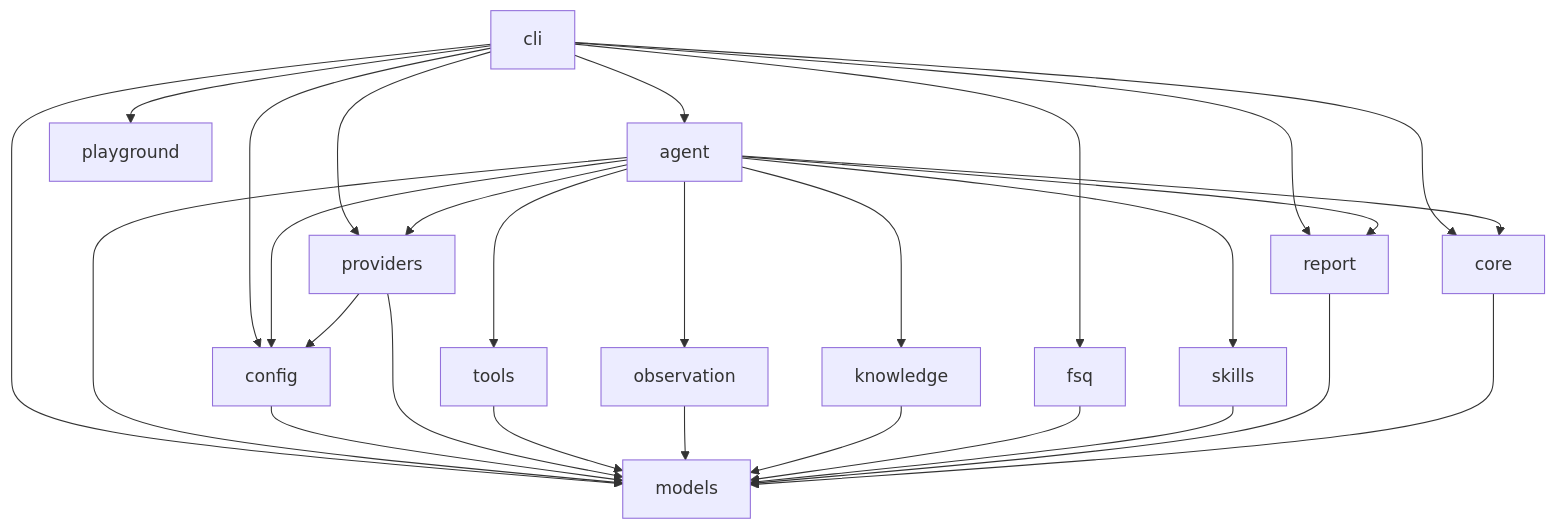
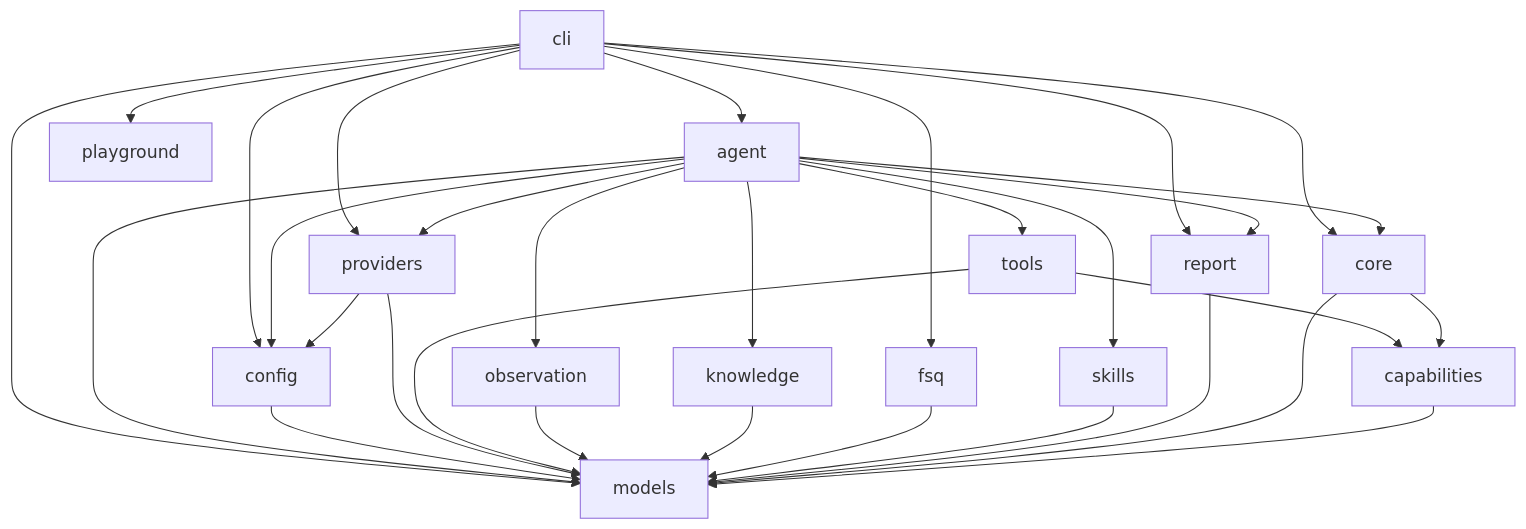
Before and after one commit to FSQ-lab/FSQ-Agent: the diagram in SPEC.md, drawn with Mermaid. The commit also changed other lines of this file and 54 other files, not shown here.

````diff
--- a/SPEC.md
+++ b/SPEC.md
@@ -60,30 +69,33 @@
 ```mermaid
 flowchart TD
     CLI[cli] --> Agent[agent]
     CLI --> Core[core]
     CLI --> FSQ[fsq]
     CLI --> Config[config]
     CLI --> Providers[providers]
     CLI --> Models[models]
     CLI --> Report[report]
     CLI --> Playground[playground]
     Agent --> Core[core]
     Agent --> Config[config]
     Agent --> Providers[providers]
     Agent --> Models[models]
     Agent --> Tools[tools]
     Agent --> Observation[observation]
     Agent --> Knowledge[knowledge]
     Agent --> Skills[skills]
     Agent --> Report[report]
     Config --> Models
     Providers --> Config
     Providers --> Models
     Tools --> Models
     Observation --> Models
     Knowledge --> Models
     FSQ --> Models
     Skills --> Models
     Report --> Models
     Core --> Models
+    Capabilities[capabilities] --> Models
+    Tools --> Capabilities
+    Core --> Capabilities
 ```
````
